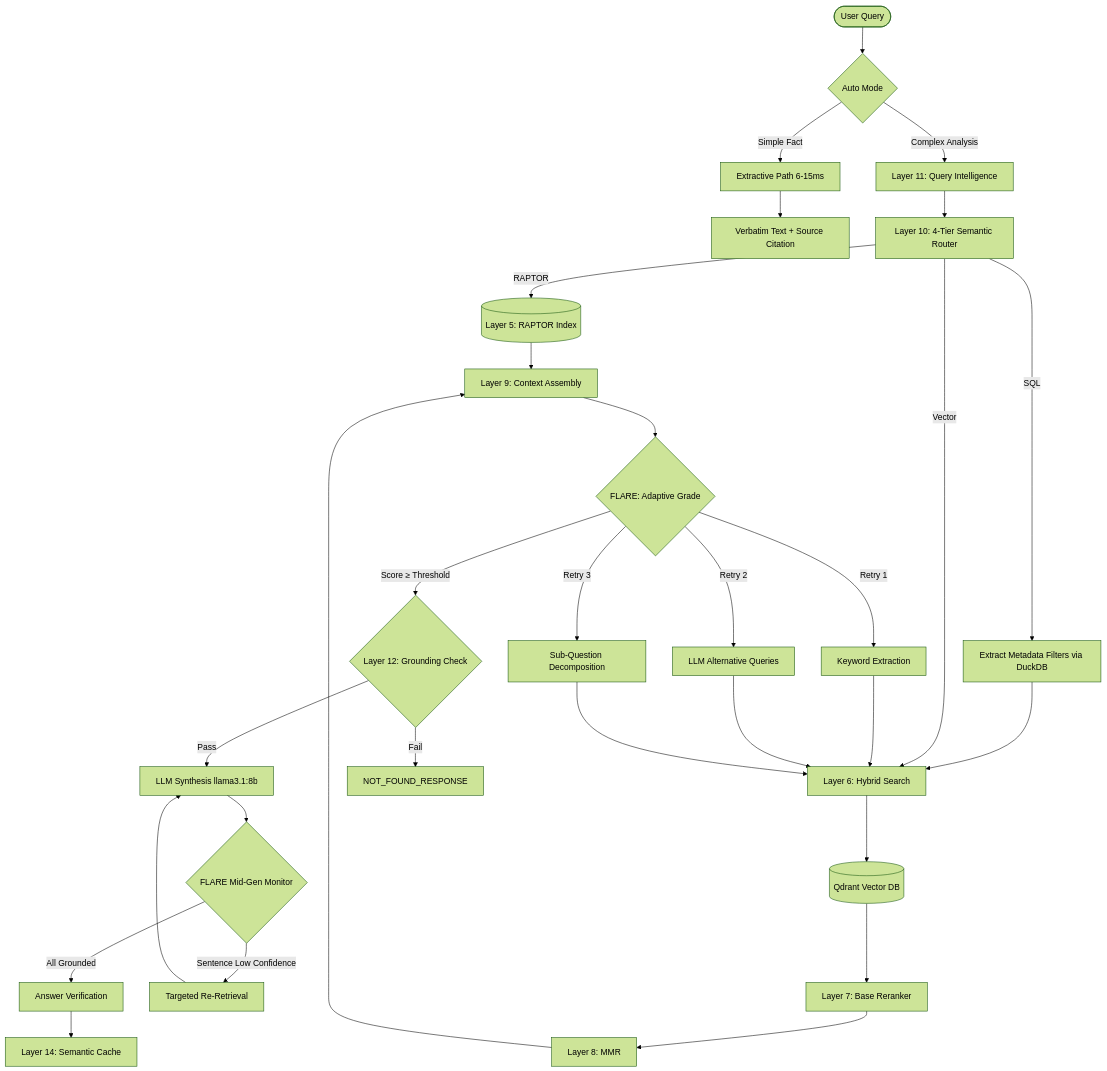
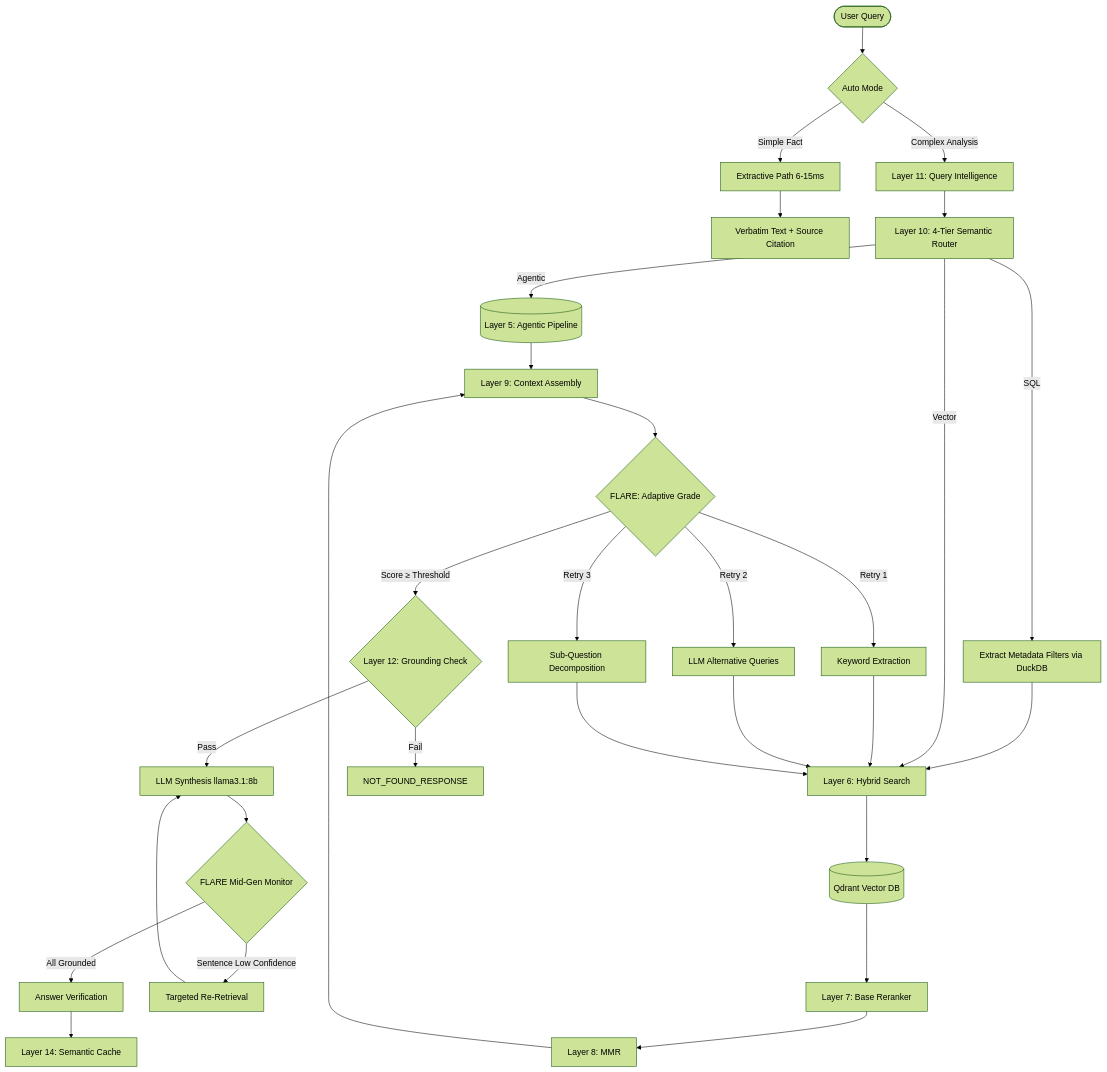
The diagram in README.md (varunsrivastav1999/Retrieval-Augmented-Generation--RAG-), drawn with Mermaid (forest theme) before and after one commit. The commit also changed other lines of this file and 4 other files, not shown here.

First line of the commit message:
feat: migrate to offline agentic plan-and-execute RAG architecture

````diff
--- a/README.md
+++ b/README.md
@@ -53,39 +53,39 @@
 ```mermaid
 graph TD
     User([User Query]) --> Auto{Auto Mode}
     Auto -- Simple Fact --> Ext[Extractive Path 6-15ms]
     Auto -- Complex Analysis --> QIntel[Layer 11: Query Intelligence]
     Ext --> Verbatim[Verbatim Text + Source Citation]
 
     QIntel --> Router[Layer 10: 4-Tier Semantic Router]
     
-    Router -- RAPTOR --> RaptorDB[(Layer 5: RAPTOR Index)]
-    RaptorDB --> ContextAssemble[Layer 9: Context Assembly]
+    Router -- Agentic --> AgenticRAG[(Layer 5: Agentic Pipeline)]
+    AgenticRAG --> ContextAssemble[Layer 9: Context Assembly]
     
     Router -- SQL --> ExtMeta[Extract Metadata Filters via DuckDB]
     ExtMeta --> Hybrid[Layer 6: Hybrid Search]
     
     Router -- Vector --> Hybrid
     Hybrid --> Qdrant[(Qdrant Vector DB)]
     Qdrant --> Reranker[Layer 7: Base Reranker]
     Reranker --> MMR[Layer 8: MMR]
     MMR --> ContextAssemble
     
     ContextAssemble --> FLARE{FLARE: Adaptive Grade}
     FLARE -- Score ≥ Threshold --> Grounding{Layer 12: Grounding Check}
     FLARE -- Retry 1 --> Rewrite1[Keyword Extraction]
     FLARE -- Retry 2 --> Rewrite2[LLM Alternative Queries]
     FLARE -- Retry 3 --> Rewrite3[Sub-Question Decomposition]
     Rewrite1 --> Hybrid
     Rewrite2 --> Hybrid
     Rewrite3 --> Hybrid
     
     Grounding -- Pass --> LLM[LLM Synthesis llama3.1:8b]
     Grounding -- Fail --> HALT[NOT_FOUND_RESPONSE]
     
     LLM --> FLARE_Mid{FLARE Mid-Gen Monitor}
     FLARE_Mid -- Sentence Low Confidence --> TargetedRet[Targeted Re-Retrieval]
     TargetedRet --> LLM
     FLARE_Mid -- All Grounded --> Verify[Answer Verification]
     Verify --> Cache[Layer 14: Semantic Cache]
 ```
````
